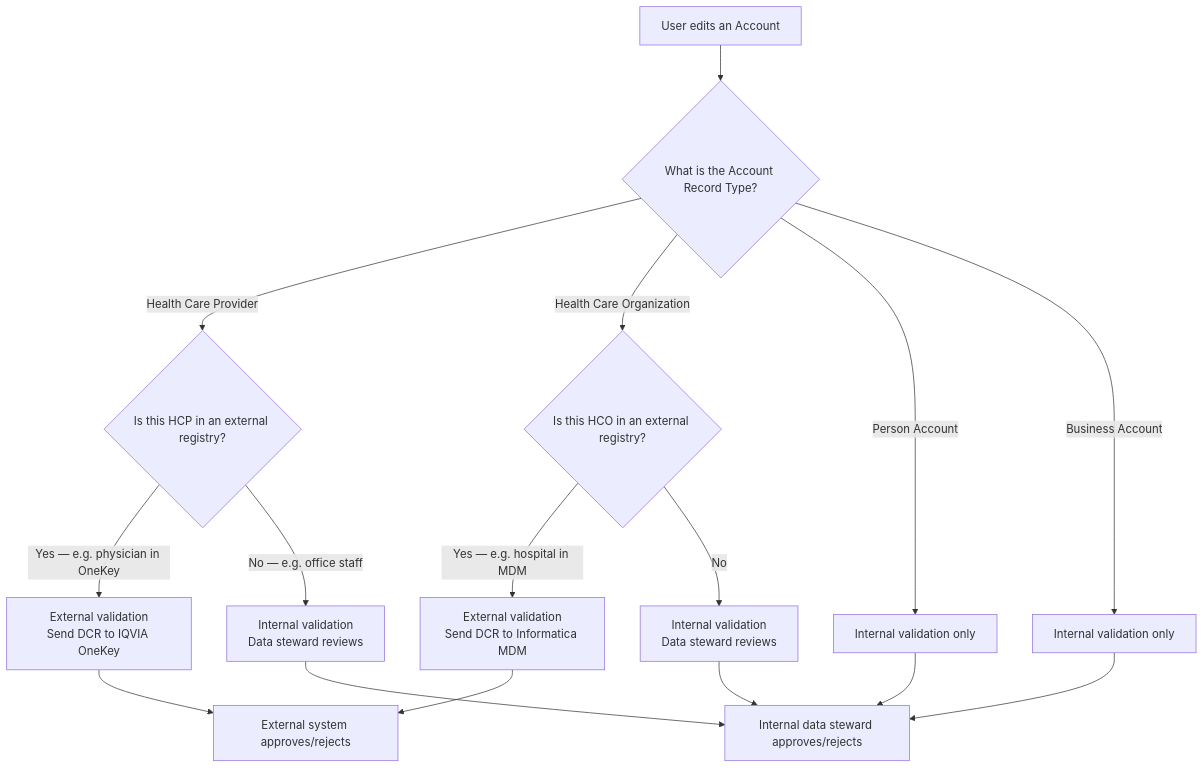
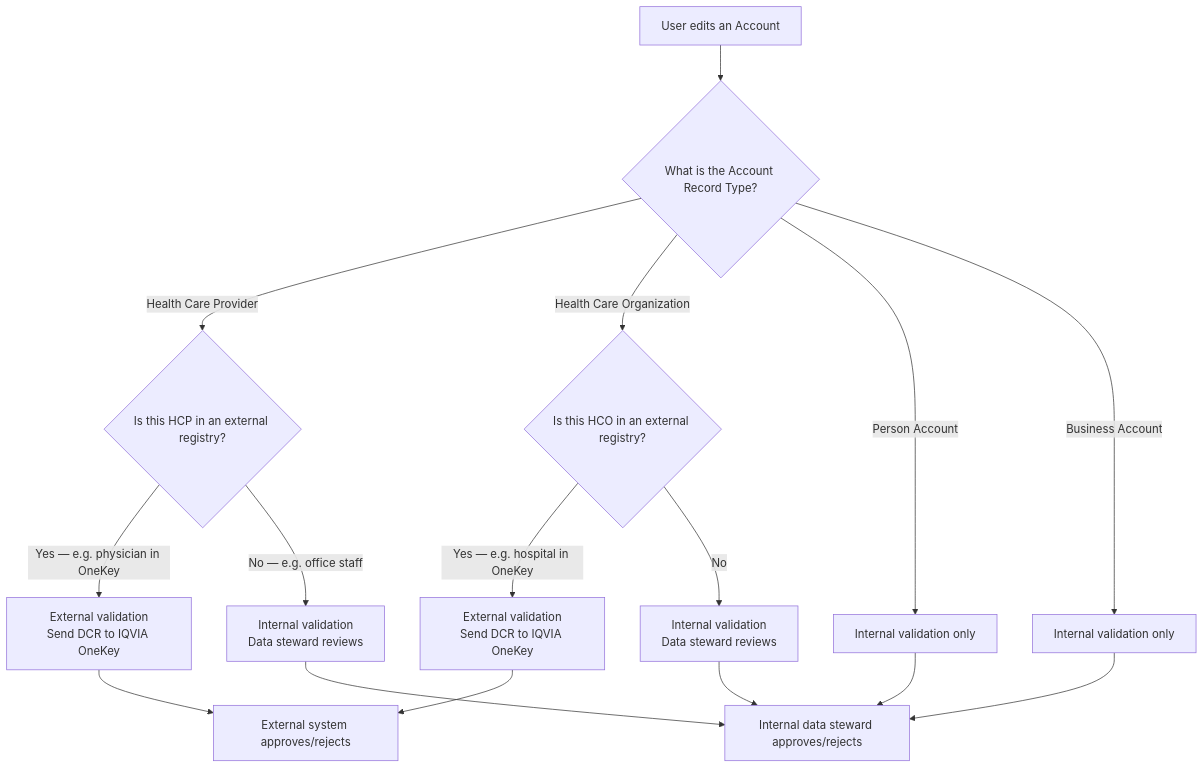
Before and after one commit to afls-ideas/learn-data-change-request: the first of 7 diagrams in VALIDATION_TYPES.md, drawn with Mermaid. The commit also changed other lines of this file and 2 other files, not shown here.

Commit message:
Remove Informatica MDM references and fix mermaid diagram text overflow

````diff
--- a/VALIDATION_TYPES.md
+++ b/VALIDATION_TYPES.md
@@ -20,20 +20,20 @@
 ```mermaid
 flowchart TD
     A[User edits an Account] --> B{What is the Account Record Type?}
     B -->|Health Care Provider| C{Is this HCP in an external registry?}
     B -->|Health Care Organization| D{Is this HCO in an external registry?}
     B -->|Person Account| E[Internal validation only]
     B -->|Business Account| F[Internal validation only]
 
     C -->|Yes — e.g. physician in OneKey| G[External validation<br/>Send DCR to IQVIA OneKey]
     C -->|No — e.g. office staff| H[Internal validation<br/>Data steward reviews]
-    D -->|Yes — e.g. hospital in MDM| I[External validation<br/>Send DCR to Informatica MDM]
+    D -->|Yes — e.g. hospital in OneKey| I[External validation<br/>Send DCR to IQVIA OneKey]
     D -->|No| J[Internal validation<br/>Data steward reviews]
 
     G --> K[External system approves/rejects]
     I --> K
     H --> L[Internal data steward approves/rejects]
     E --> L
     F --> L
     J --> L
 ```
````
